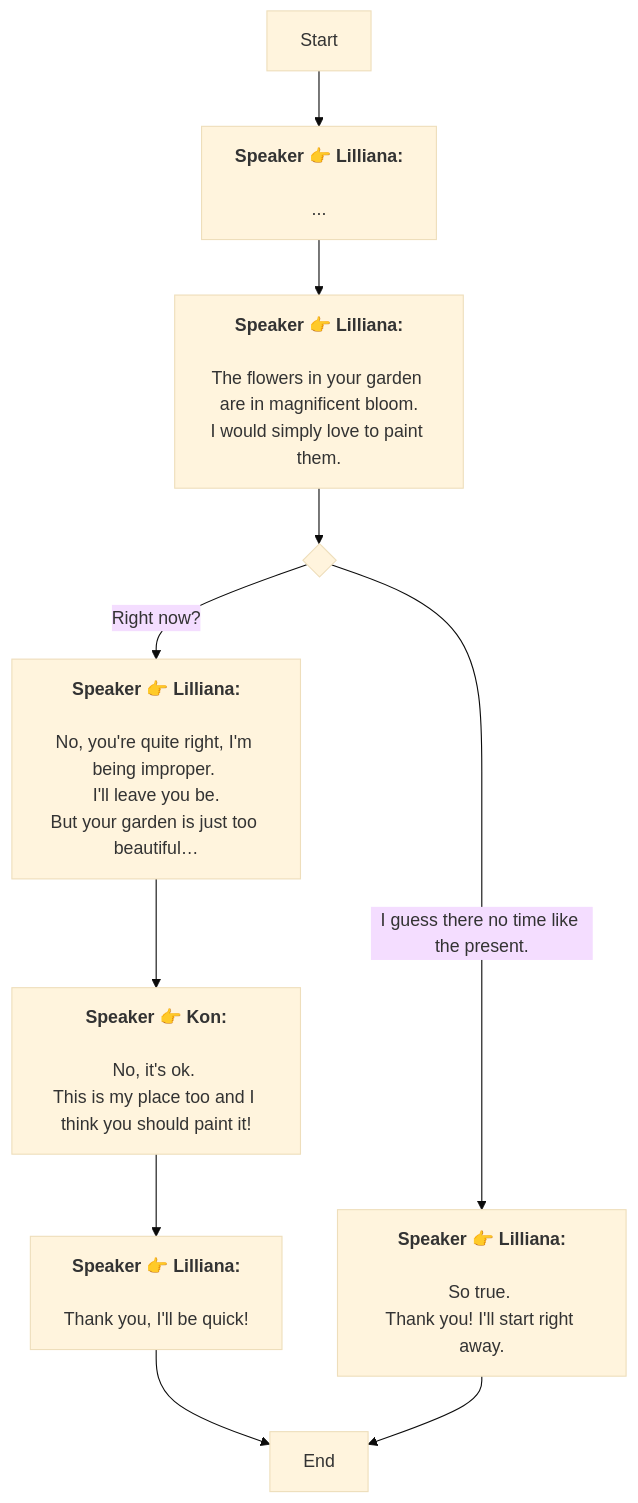
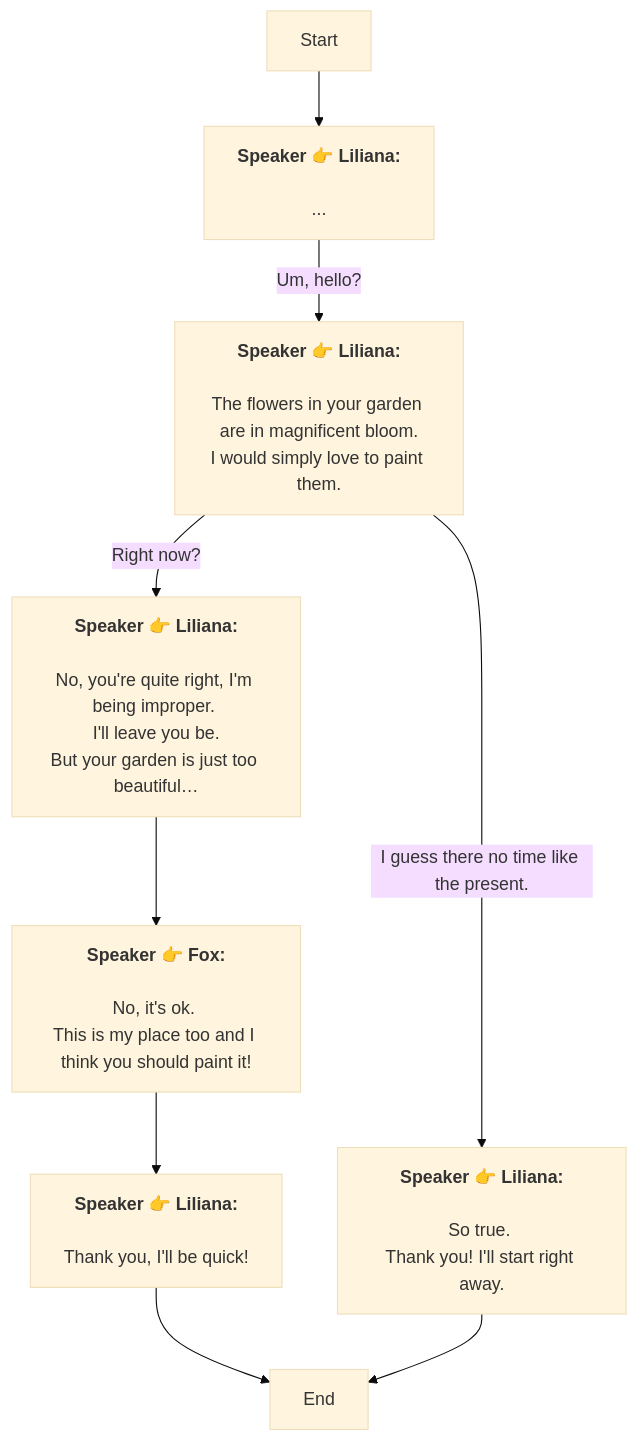
Before and after one commit to SoftHu/tos_avg: the diagram in En/Dialog_55346996580036.md, drawn with Mermaid (base theme). The commit also changed 737 other files, not shown here.

````diff
--- a/En/Dialog_55346996580036.md
+++ b/En/Dialog_55346996580036.md
@@ -1,30 +1,21 @@
 ```mermaid
 graph
-Start -->1771104039739884[<b>Speaker 👉 Lilliana:</b>
-
-...]
-1771104039739884 -->1771104039741935[<b>Speaker 👉 Lilliana:</b>
-
-The flowers in your garden are in magnificent bloom.
-I would simply love to paint them.]
-1771104039741935 -->1771104039742962{ }
-1771104039742962 -->|Right now?|1771104039743987[<b>Speaker 👉 Lilliana:</b>
-
-No, you're quite right, I'm being improper. 
-I'll leave you be.
-But your garden is just too beautiful…]
-1771104039742962 -->|I guess there no time like the present.|1771104039749112[<b>Speaker 👉 Lilliana:</b>
-
-So true. 
+Start -->1771104039739884[<b>Speaker 👉 Liliana:</b>
+\n...]
+1771104039739884 -->|Um, hello?|1771104039741935[<b>Speaker 👉 Liliana:</b>
+\nThe flowers in your garden are in magnificent bloom.\nI would simply love to paint them.]
+1771104039741935 -->|Right now?|1771104039743987[<b>Speaker 👉 Liliana:</b>
+\nNo, you're quite right, I'm being improper. 
+I'll leave you be.\nBut your garden is just too beautiful…]
+1771104039741935 -->|I guess there no time like the present.|1771104039749112[<b>Speaker 👉 Liliana:</b>
+\nSo true. 
 Thank you! I'll start right away.]
-1771104039743987 -->1771104039746036[<b>Speaker 👉 Kon:</b>
-
-No, it's ok. 
+1771104039743987 -->1771104039746036[<b>Speaker 👉 Fox:</b>
+\nNo, it's ok. 
 This is my place too and I think you should paint it!]
-1771104039746036 -->1771104039747061[<b>Speaker 👉 Lilliana:</b>
-
-Thank you, I'll be quick!]
+1771104039746036 -->1771104039747061[<b>Speaker 👉 Liliana:</b>
+\nThank you, I'll be quick!]
 1771104039747061 -->1771104039747062[End]
 1771104039749112 -->1771104039747062[End]
 
- ```
+```
````
